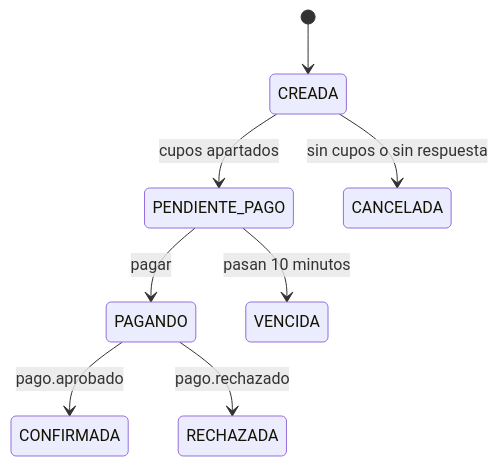
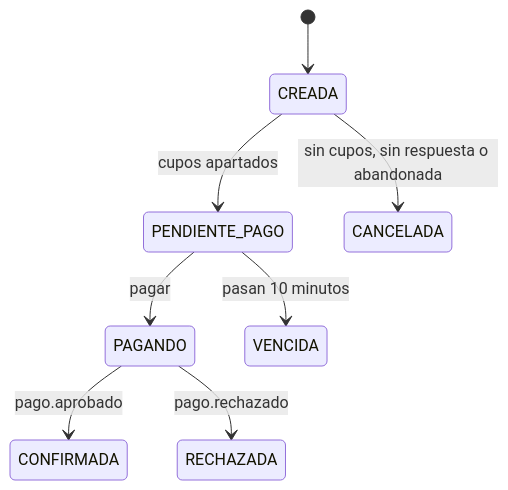
One commit to DHat3r/entradas-soa changed the second of 2 diagrams in docs/arquitectura.md. Above: the diagram before and after it, drawn with Mermaid. The commit also changed other lines of this file and 4 other files, not shown here.

````diff
--- a/docs/arquitectura.md
+++ b/docs/arquitectura.md
@@ -129,10 +134,10 @@
 ```mermaid
 stateDiagram-v2
     [*] --> CREADA
     CREADA --> PENDIENTE_PAGO: cupos apartados
-    CREADA --> CANCELADA: sin cupos o sin respuesta
+    CREADA --> CANCELADA: sin cupos, sin respuesta o abandonada
     PENDIENTE_PAGO --> PAGANDO: pagar
     PENDIENTE_PAGO --> VENCIDA: pasan 10 minutos
     PAGANDO --> CONFIRMADA: pago.aprobado
     PAGANDO --> RECHAZADA: pago.rechazado
 ```
````
